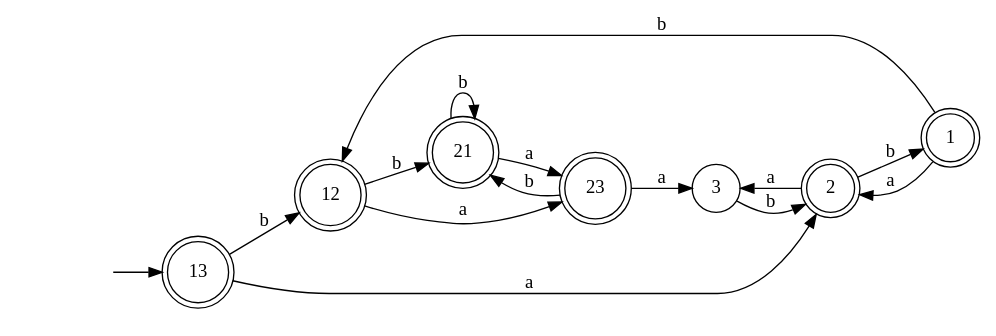
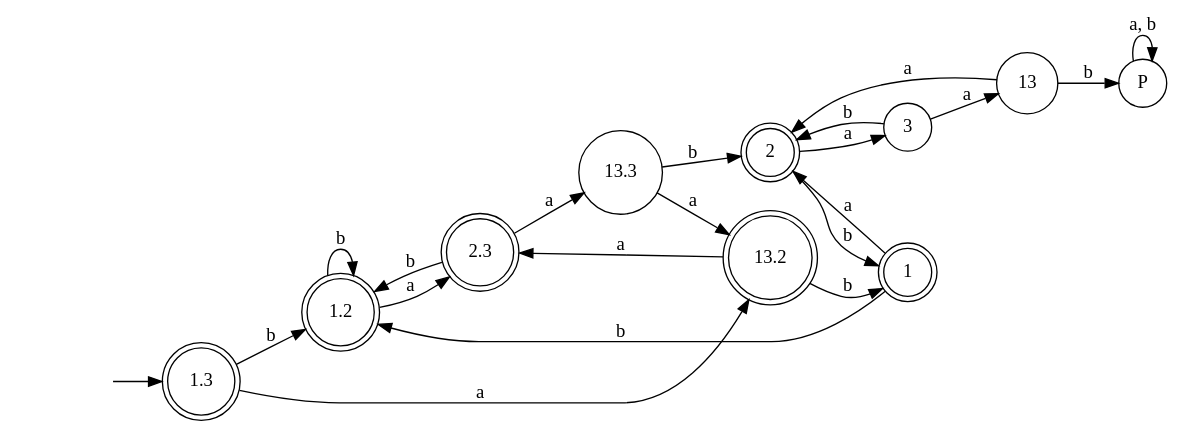
The diagram in dot/automata.dot (avivi55/FiniteAutomaton), drawn with Graphviz before and after one commit. The commit also changed 7 other files, not shown here.

```diff
--- a/dot/automata.dot
+++ b/dot/automata.dot
@@ -1,35 +1,34 @@
 digraph finite_state_machine { rankdir=LR
 	node [shape=doublecircle]
-	13
-	12
-	12
-	12
-	12
-	21
-	21
-	21
-	21
-	23
-	23
-	23
+	1.3
+	1.2
+	1.2
+	2.3
 	2
 	1
+	13.2
 
 	node [shape=circle]
 	fake0 [style=invisible]
-	fake0 -> 13
+	fake0 -> 1.3
 
-	13 -> 2 [label="a"] 
-	13 -> 12 [label="b"] 
-	12 -> 23 [label="a"] 
-	12 -> 21 [label="b"] 
-	21 -> 23 [label="a"] 
-	21 -> 21 [label="b"] 
-	23 -> 3 [label="a"] 
-	23 -> 21 [label="b"] 
-	3 -> 2 [label="b"] 
+	1.3 -> 13.2 [label="a"] 
+	1.3 -> 1.2 [label="b"] 
+	1.2 -> 2.3 [label="a"] 
+	1.2 -> 1.2 [label="b"] 
+	2.3 -> 13.3 [label="a"] 
+	2.3 -> 1.2 [label="b"] 
+	13.3 -> 13.2 [label="a"] 
+	13.3 -> 2 [label="b"] 
 	2 -> 1 [label="b"] 
 	2 -> 3 [label="a"] 
+	3 -> 2 [label="b"] 
+	3 -> 13 [label="a"] 
+	13 -> 2 [label="a"] 
+	13 -> P [label="b"] 
 	1 -> 2 [label="a"] 
-	1 -> 12 [label="b"] 
+	1 -> 1.2 [label="b"] 
+	13.2 -> 2.3 [label="a"] 
+	13.2 -> 1 [label="b"] 
+	P -> P [label="a, b"] 
 }
```
